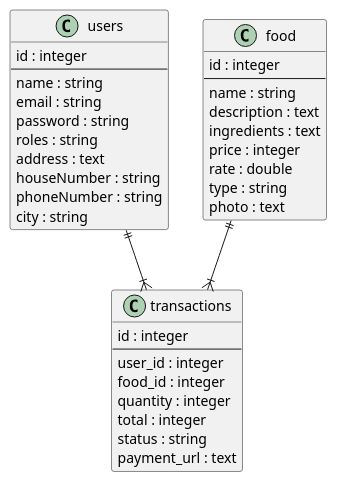
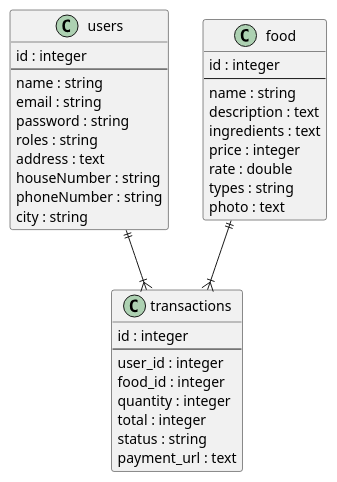
One commit to abuabdirohman4/laravel-8-foodmartket-api changed the diagram in database/schema/erd.puml. Above: the diagram before and after it, drawn with PlantUML. The commit also changed 2 other files, not shown here.

```diff
--- a/database/schema/erd.puml
+++ b/database/schema/erd.puml
@@ -1,38 +1,38 @@
 class users {
     id : integer
     --
     name : string
     email : string
     password : string
     roles : string
     address : text
     houseNumber : string
     phoneNumber : string
     city : string
 }
 
 class food {
     id : integer
     --
     name : string
     description : text
     ingredients : text
     price : integer
     rate : double
-    type : string
+    types : string
     photo : text
 }
 
 class transactions {
     id : integer
     --
     user_id : integer
     food_id : integer
     quantity : integer
     total : integer
     status : string
     payment_url : text
 }
 
 users ||--|{ transactions
 food ||--|{ transactions
```
